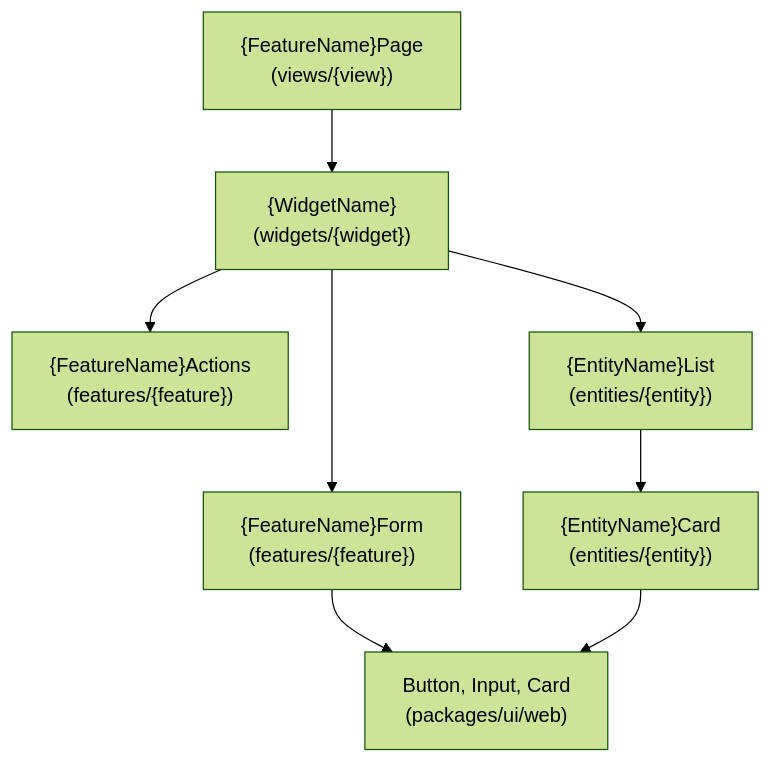
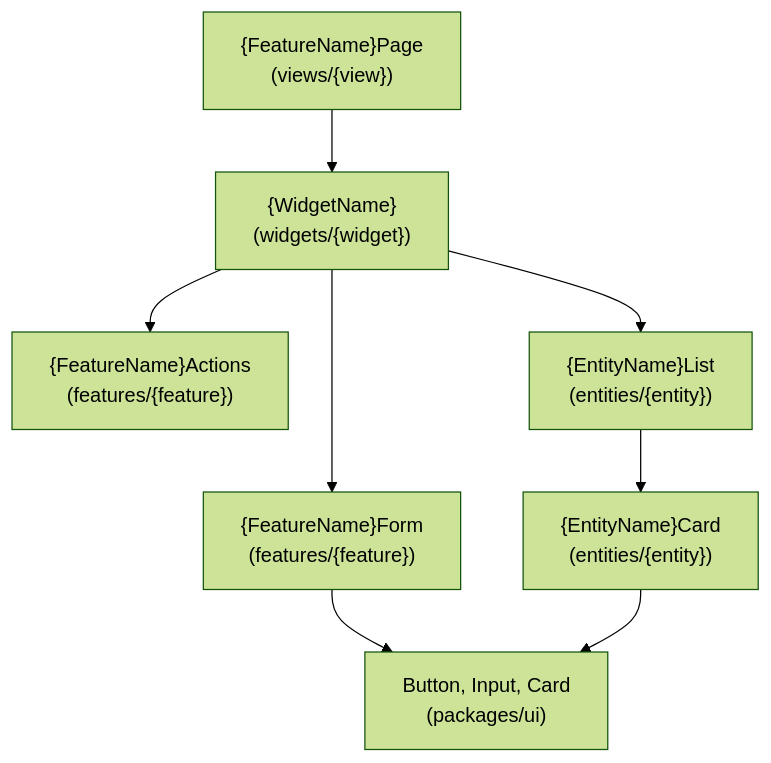
One commit to TItabashBoilerplates/shadcn-boilerplate changed the diagram in .claude/skills/detailed-design/references/ui-ux-template.md. Above: the diagram before and after it, drawn with Mermaid (forest theme). The commit also changed other lines of this file and 10 other files, not shown here.

````diff
--- a/.claude/skills/detailed-design/references/ui-ux-template.md
+++ b/.claude/skills/detailed-design/references/ui-ux-template.md
@@ -87,18 +87,18 @@
 ```mermaid
 graph TD
     View["{FeatureName}Page<br/>(views/{view})"]
     Widget1["{WidgetName}<br/>(widgets/{widget})"]
     Feature1["{FeatureName}Form<br/>(features/{feature})"]
     Feature2["{FeatureName}Actions<br/>(features/{feature})"]
     Entity1["{EntityName}Card<br/>(entities/{entity})"]
     Entity2["{EntityName}List<br/>(entities/{entity})"]
-    Shared["Button, Input, Card<br/>(packages/ui/web)"]
+    Shared["Button, Input, Card<br/>(packages/ui)"]
 
     View --> Widget1
     Widget1 --> Feature1
     Widget1 --> Feature2
     Widget1 --> Entity2
     Entity2 --> Entity1
     Feature1 --> Shared
     Entity1 --> Shared
 ```
````
